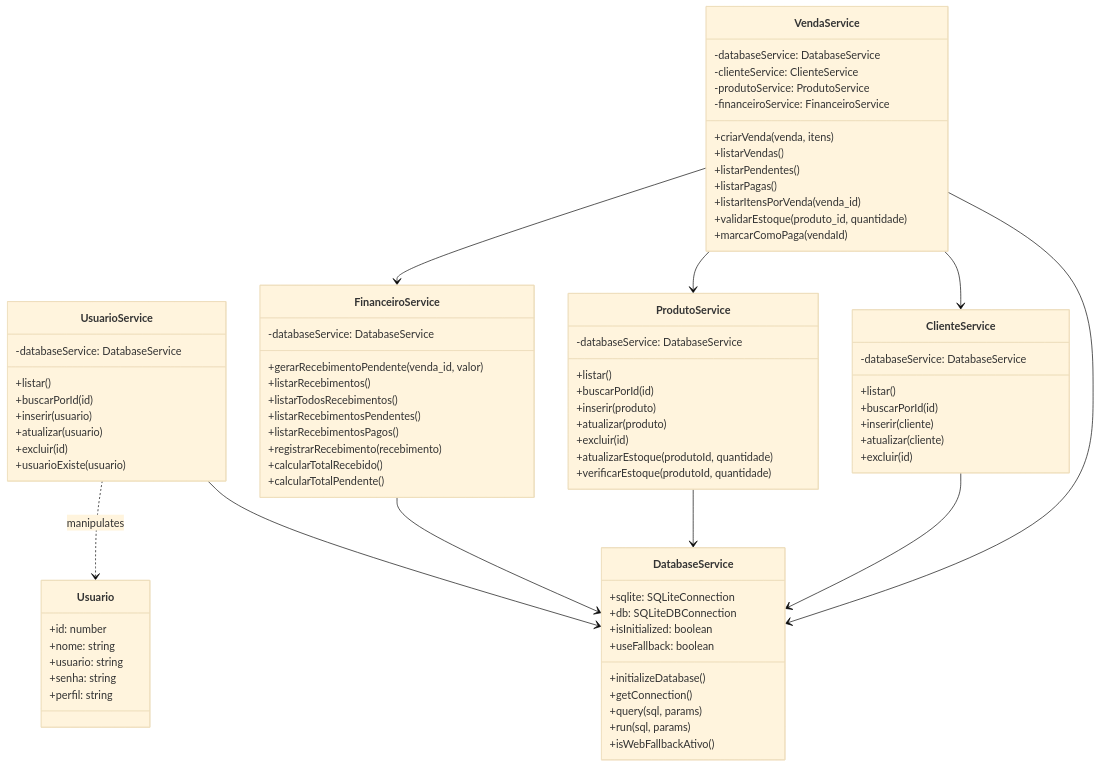
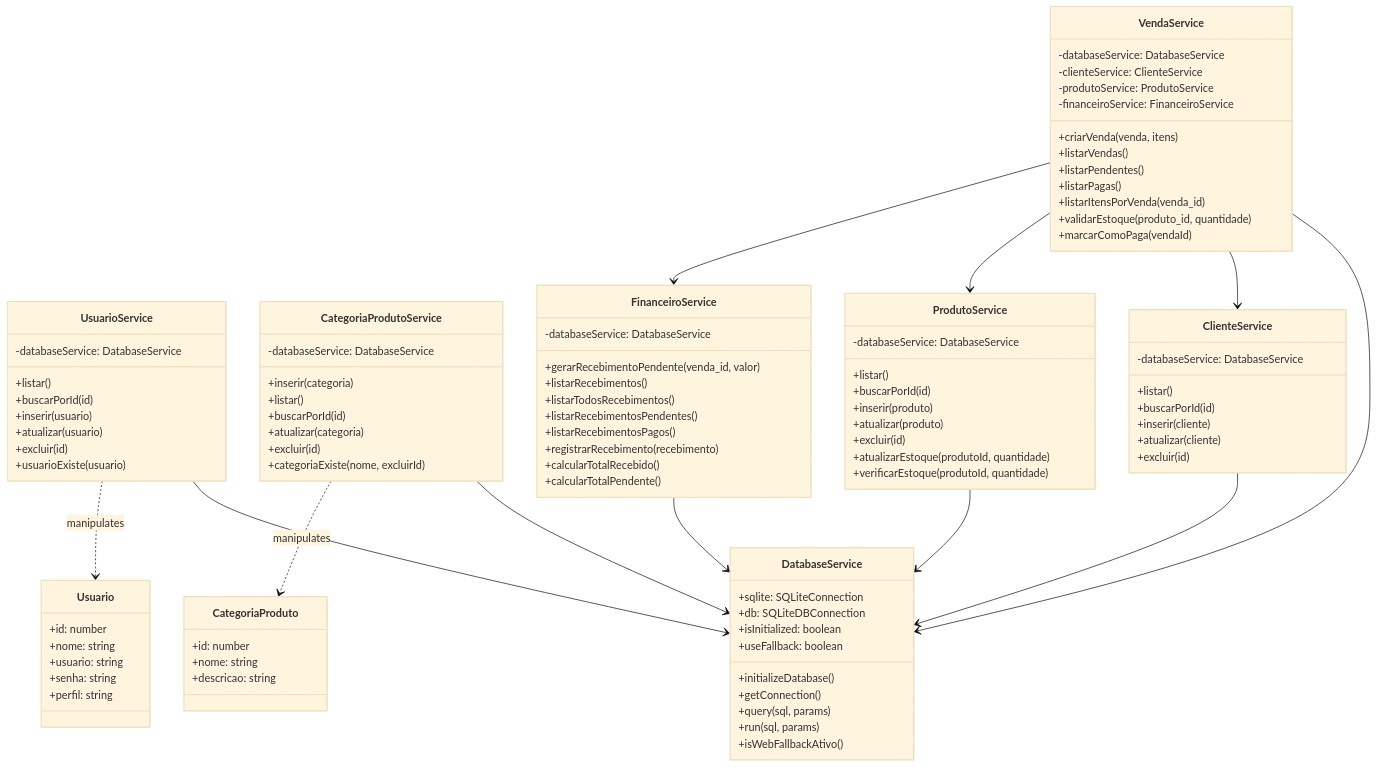
The fourth of 9 diagrams in README.md (EduardoHenrrykSimonato/sistema-gestao-comercial), drawn with Mermaid (base theme) before and after one commit. The commit also changed other lines of this file and 25 other files, not shown here.

```diff
--- a/README.md
+++ b/README.md
@@ -201,6 +210,12 @@
         +usuario: string
         +senha: string
         +perfil: string
+    }
+
+    class CategoriaProduto {
+        +id: number
+        +nome: string
+        +descricao: string
     }
 
     class DatabaseService {
@@ -223,6 +238,16 @@
         +atualizar(usuario)
         +excluir(id)
         +usuarioExiste(usuario)
+    }
+
+    class CategoriaProdutoService {
+        -databaseService: DatabaseService
+        +inserir(categoria)
+        +listar()
+        +buscarPorId(id)
+        +atualizar(categoria)
+        +excluir(id)
+        +categoriaExiste(nome, excluirId)
     }
 
     class ProdutoService {
@@ -273,6 +298,8 @@
 
     UsuarioService --> DatabaseService
     UsuarioService ..> Usuario : manipulates
+    CategoriaProdutoService --> DatabaseService
+    CategoriaProdutoService ..> CategoriaProduto : manipulates
     ProdutoService --> DatabaseService
     ClienteService --> DatabaseService
     VendaService --> DatabaseService
```
